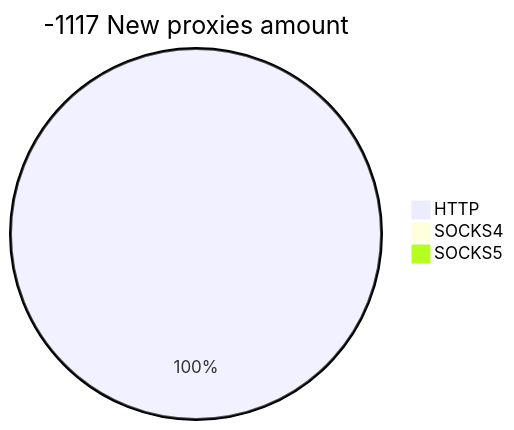
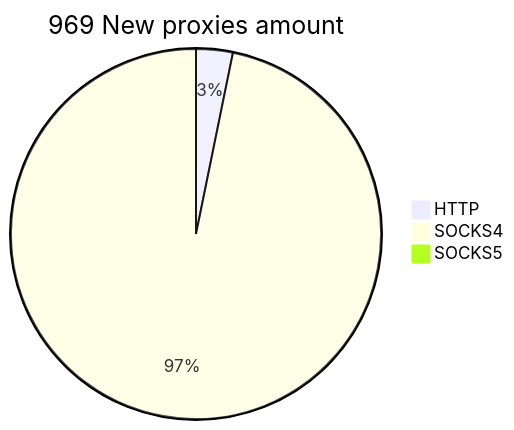
The second of 2 diagrams in README.md (cutipu/proxylist), drawn with Mermaid before and after one commit. The commit also changed other lines of this file, not shown here.

````diff
--- a/README.md
+++ b/README.md
@@ -10,6 +10,6 @@
 ```mermaid
-pie title -1117 New proxies amount
-    "HTTP" : 5
-    "SOCKS4" : 0
+pie title 969 New proxies amount
+    "HTTP" : 31
+    "SOCKS4" : 938
     "SOCKS5" : 0
 ```
````
